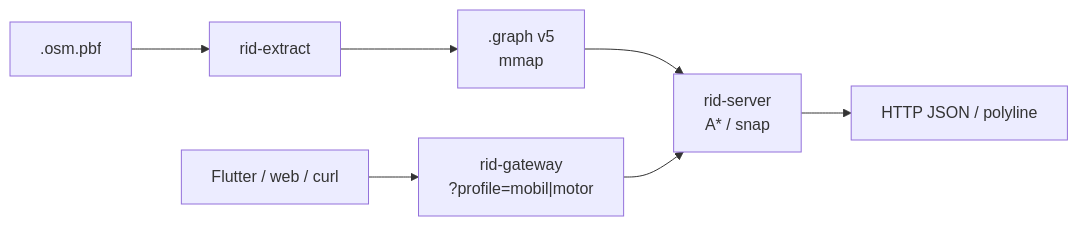
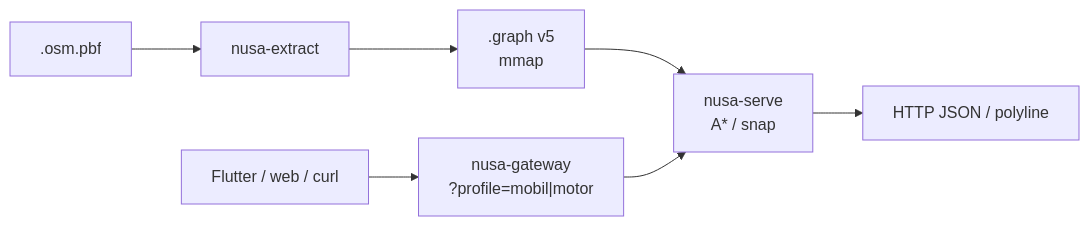
Before and after one commit to nusapeta/route: the diagram in README.md, drawn with Mermaid. The commit also changed other lines of this file and 129 other files, not shown here.

````diff
--- a/README.md
+++ b/README.md
@@ -113,9 +113,9 @@
 ```mermaid
 flowchart LR
-  PBF[".osm.pbf"] --> EX["rid-extract"]
+  PBF[".osm.pbf"] --> EX["nusa-extract"]
   EX --> G[".graph v5<br/>mmap"]
-  G --> SRV["rid-server<br/>A* / snap"]
+  G --> SRV["nusa-serve<br/>A* / snap"]
   SRV --> HTTP["HTTP JSON / polyline"]
-  CLIENT["Flutter / web / curl"] --> GW["rid-gateway<br/>?profile=mobil|motor"]
+  CLIENT["Flutter / web / curl"] --> GW["nusa-gateway<br/>?profile=mobil|motor"]
   GW --> SRV
 ```
````
